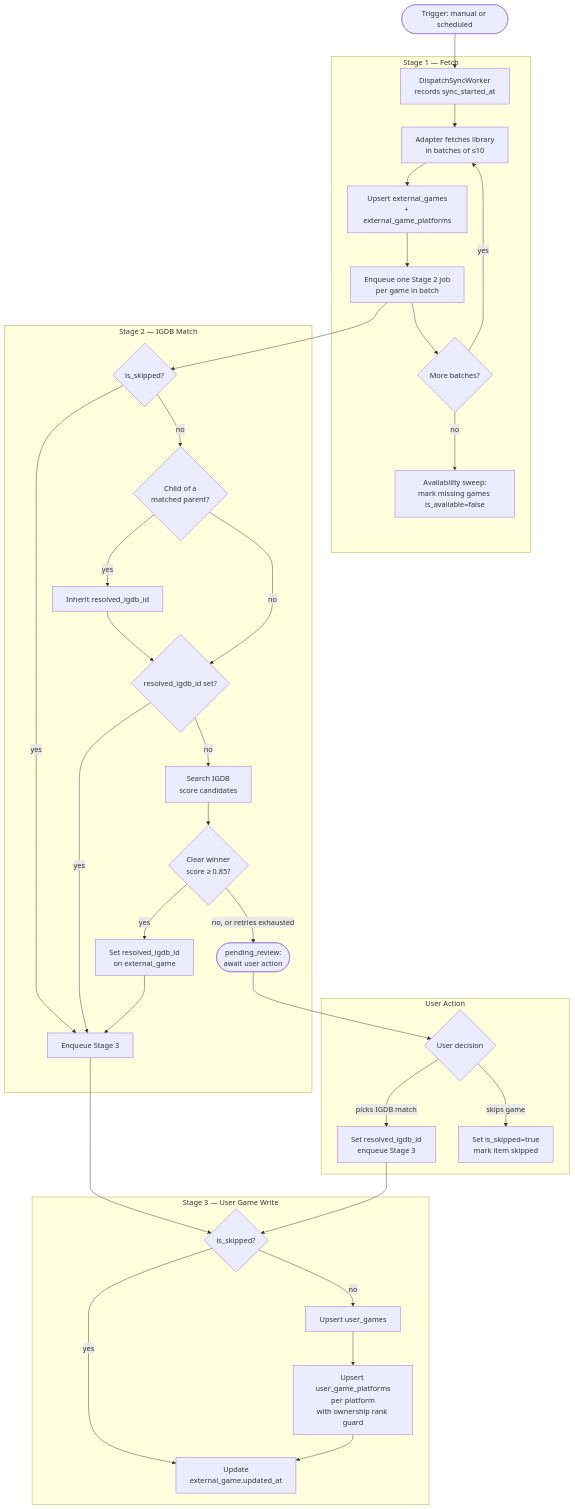
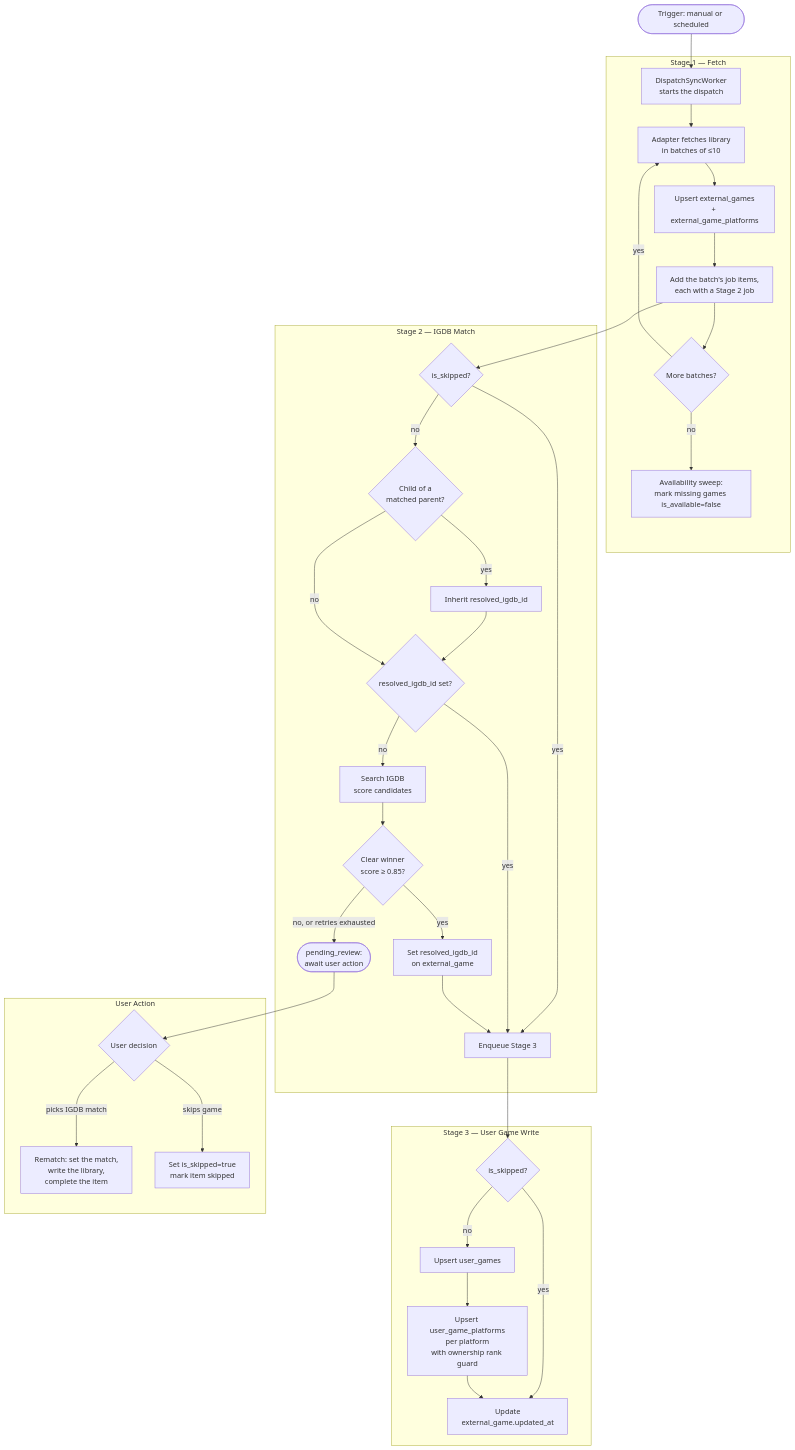
The diagram in docs/sync.md (drzero42/nexorious), drawn with Mermaid before and after one commit. The commit also changed other lines of this file and 68 other files, not shown here.

Commit message:
feat: move sync onto the Job lifecycle module (#1399)

````diff
--- a/docs/sync.md
+++ b/docs/sync.md
@@ -90,44 +90,43 @@
 ```mermaid
 flowchart TD
     A([Trigger: manual or scheduled]) --> B
 
     subgraph Stage1["Stage 1 — Fetch"]
-        B[DispatchSyncWorker<br/>records sync_started_at] --> C
+        B[DispatchSyncWorker<br/>starts the dispatch] --> C
         C[Adapter fetches library<br/>in batches of ≤10] --> D
         D[Upsert external_games<br/>+ external_game_platforms] --> E
-        E[Enqueue one Stage 2 job<br/>per game in batch] --> F{More batches?}
+        E[Add the batch's job items,<br/>each with a Stage 2 job] --> F{More batches?}
         F -->|yes| C
         F -->|no| G[Availability sweep:<br/>mark missing games is_available=false]
     end
 
     subgraph Stage2["Stage 2 — IGDB Match"]
         H{is_skipped?} -->|yes| L
         H -->|no| I{Child of a<br/>matched parent?}
         I -->|yes| J[Inherit resolved_igdb_id]
         J --> K{resolved_igdb_id set?}
         I -->|no| K
         K -->|yes| L[Enqueue Stage 3]
         K -->|no| N[Search IGDB<br/>score candidates]
         N --> O{Clear winner<br/>score ≥ 0.85?}
         O -->|yes| P[Set resolved_igdb_id<br/>on external_game]
         P --> L
         O -->|no, or retries exhausted| M([pending_review:<br/>await user action])
     end
 
     subgraph Stage3["Stage 3 — User Game Write"]
         S3A{is_skipped?} -->|yes| S3D[Update<br/>external_game.updated_at]
         S3A -->|no| S3B[Upsert user_games]
         S3B --> S3C[Upsert user_game_platforms<br/>per platform<br/>with ownership rank guard]
         S3C --> S3D
     end
 
     subgraph UserAction["User Action"]
         M --> R{User decision}
-        R -->|picks IGDB match| S[Set resolved_igdb_id<br/>enqueue Stage 3]
+        R -->|picks IGDB match| S[Rematch: set the match,<br/>write the library,<br/>complete the item]
         R -->|skips game| T[Set is_skipped=true<br/>mark item skipped]
     end
 
     E --> H
     L --> S3A
-    S --> S3A
 ```
````
